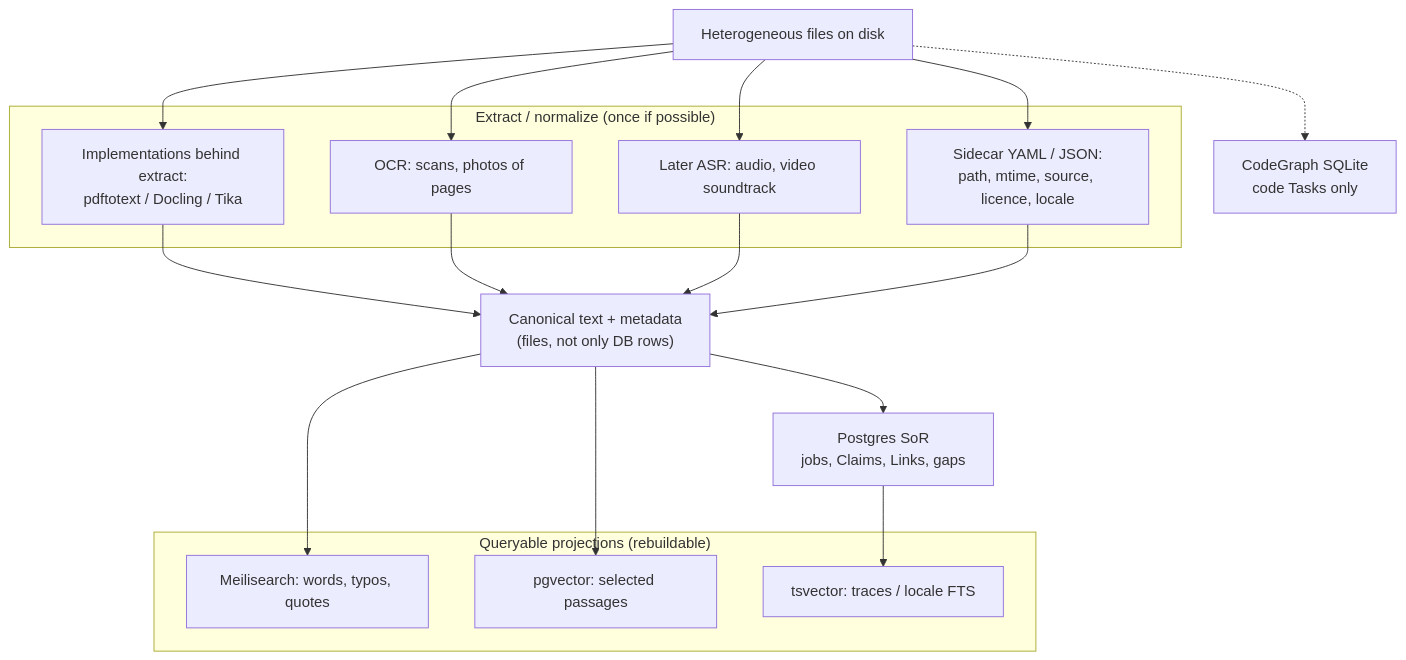
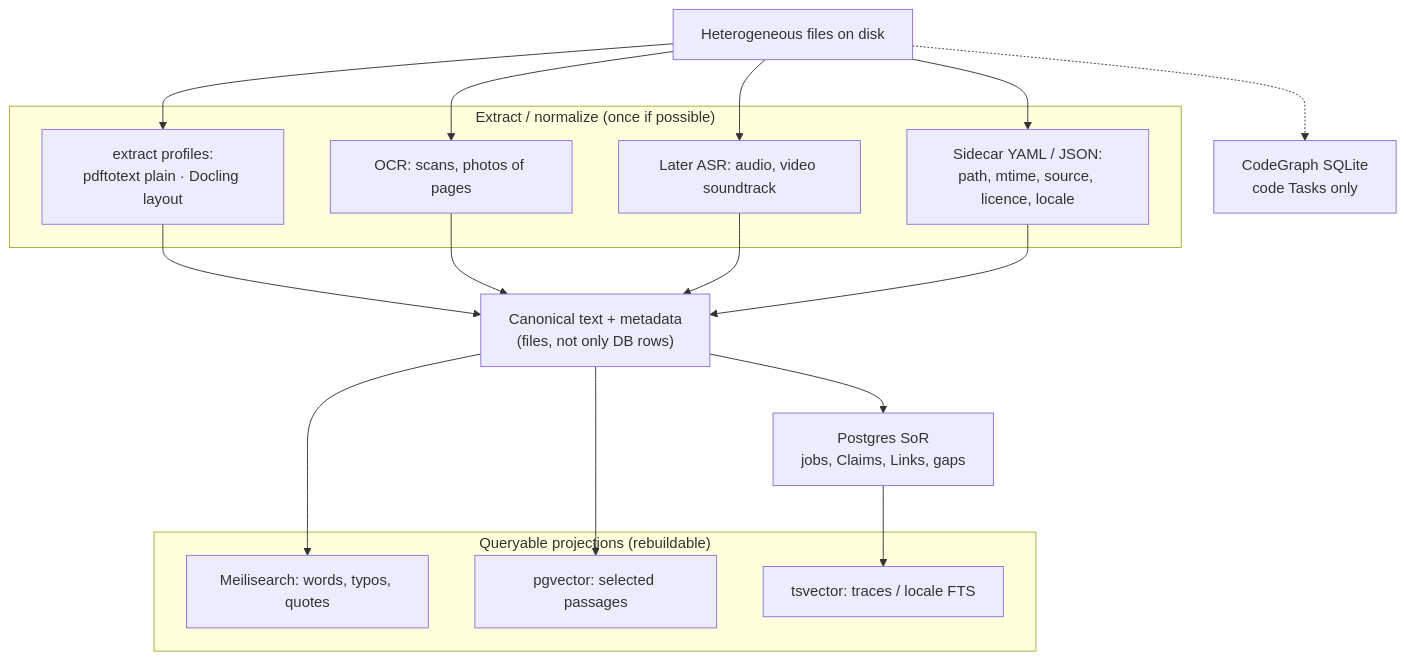
Before and after one commit to Paulmicha/projet-complexe-asc: the seventh of 8 diagrams in data/ideas/2026/08/17-local-dev-stack-architecture.md, drawn with Mermaid. The commit also changed other lines of this file and 3 other files, not shown here.

Commit message:
Update data/ideas/2026/08/17-local-dev-stack-architecture.md + add data/ideas/2026/08/30-ocr-notes.md

````diff
--- a/data/ideas/2026/08/17-local-dev-stack-architecture.md
+++ b/data/ideas/2026/08/17-local-dev-stack-architecture.md
@@ -372,32 +378,32 @@
 ```mermaid
 flowchart TB
   RAW["Heterogeneous files on disk"]
 
   subgraph extract["Extract / normalize (once if possible)"]
-    IMP["Implementations behind extract:<br/>pdftotext / Docling / Tika"]
+    IMP["extract profiles:<br/>pdftotext plain · Docling layout"]
     OCR["OCR: scans, photos of pages"]
     ASR["Later ASR: audio, video soundtrack"]
     META["Sidecar YAML / JSON:<br/>path, mtime, source, licence, locale"]
   end
 
   TEXT["Canonical text + metadata<br/>(files, not only DB rows)"]
   PG["Postgres SoR<br/>jobs, Claims, Links, gaps"]
 
   subgraph indexes["Queryable projections (rebuildable)"]
     MEILI["Meilisearch: words, typos, quotes"]
     VEC["pgvector: selected passages"]
     FTS["tsvector: traces / locale FTS"]
   end
 
   CG["CodeGraph SQLite<br/>code Tasks only"]
 
   RAW --> IMP --> TEXT
   RAW --> OCR --> TEXT
   RAW --> ASR --> TEXT
   RAW --> META --> TEXT
   TEXT --> PG
   TEXT --> MEILI
   TEXT --> VEC
   PG --> FTS
   RAW -.-> CG
 ```
````
